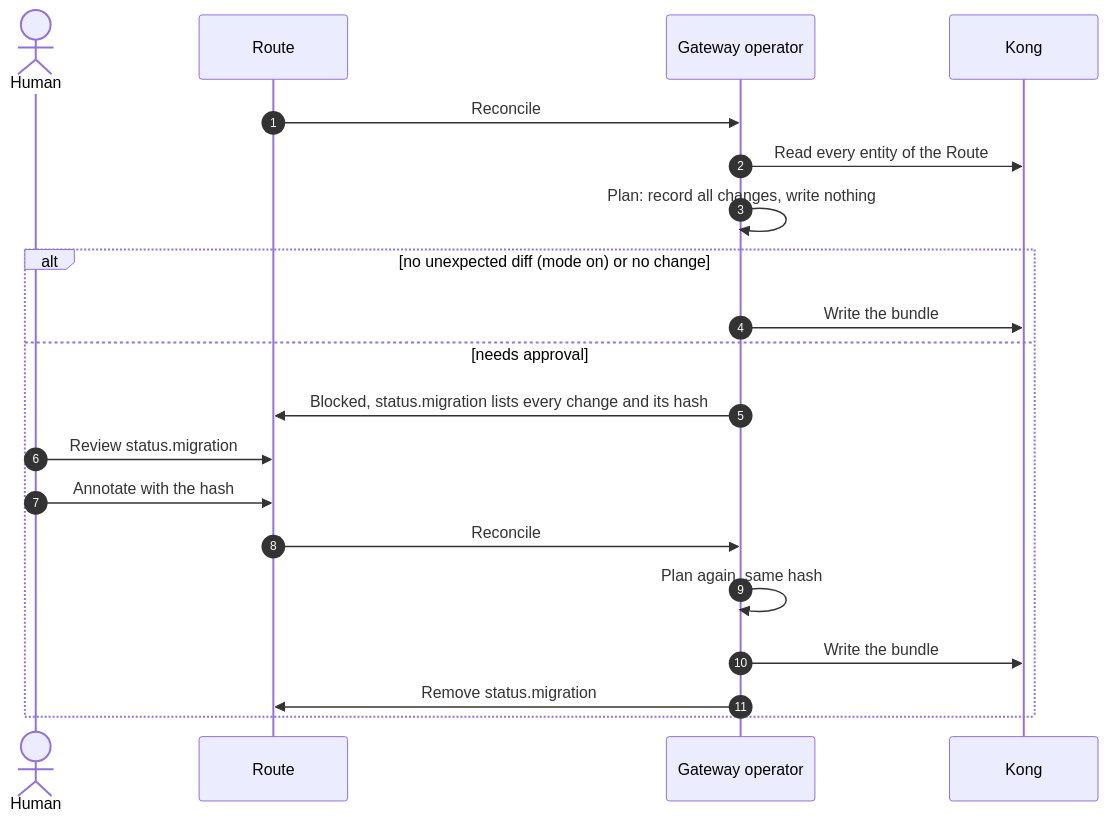
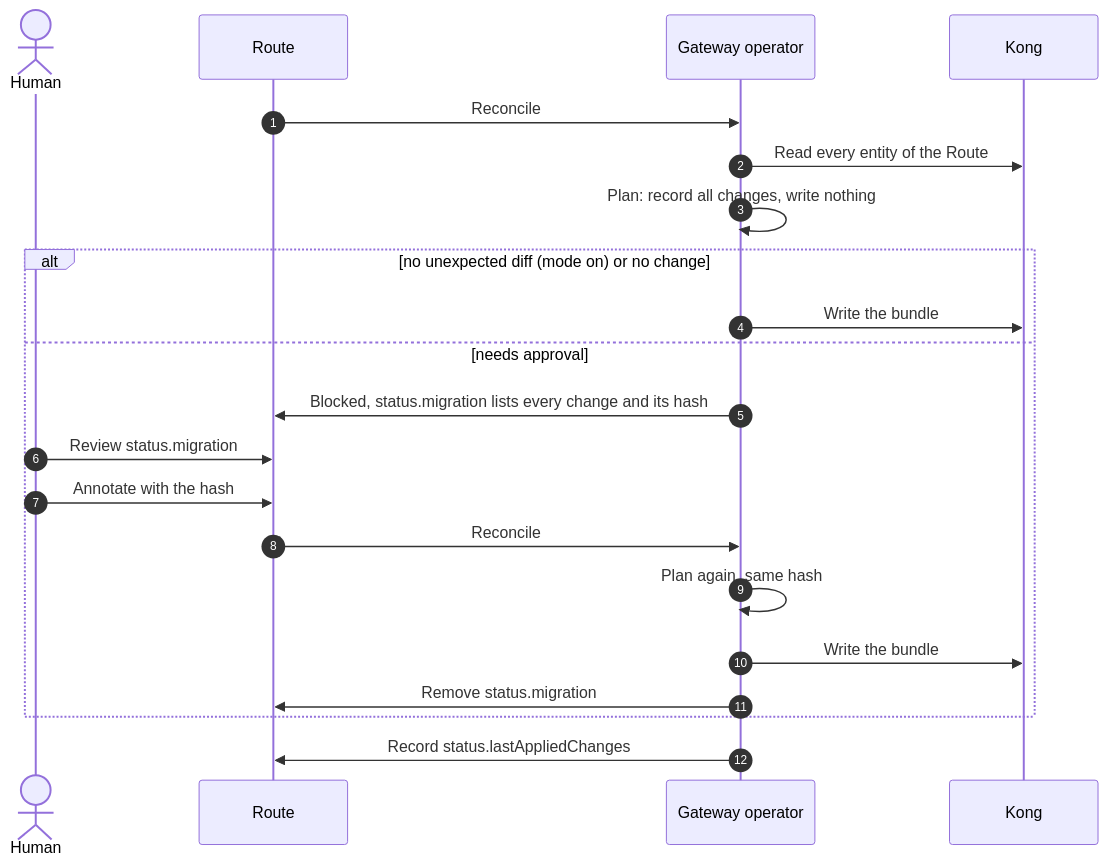
One commit to telekom/controlplane changed the second of 2 diagrams in docs/docs/architecture/gateway-realm-migration.mdx. Above: the diagram before and after it, drawn with Mermaid. The commit also changed other lines of this file and 49 other files, not shown here.

````diff
--- a/docs/docs/architecture/gateway-realm-migration.mdx
+++ b/docs/docs/architecture/gateway-realm-migration.mdx
@@ -211,22 +213,23 @@
 ```mermaid
 sequenceDiagram
     autonumber
     actor H as Human
     participant R as Route
     participant O as Gateway operator
     participant K as Kong
     R->>O: Reconcile
     O->>K: Read every entity of the Route
     O->>O: Plan: record all changes, write nothing
     alt no unexpected diff (mode on) or no change
         O->>K: Write the bundle
     else needs approval
         O->>R: Blocked, status.migration lists every change and its hash
         H->>R: Review status.migration
         H->>R: Annotate with the hash
         R->>O: Reconcile
         O->>O: Plan again, same hash
         O->>K: Write the bundle
         O->>R: Remove status.migration
     end
+    O->>R: Record status.lastAppliedChanges
 ```
````
